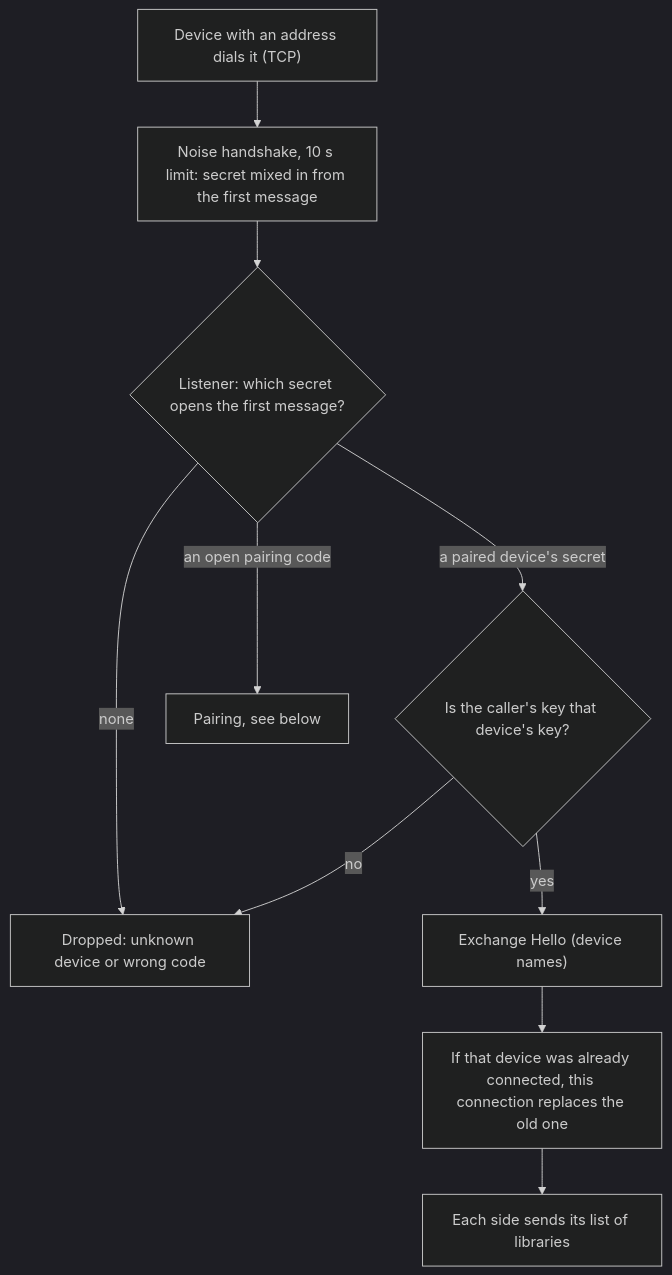
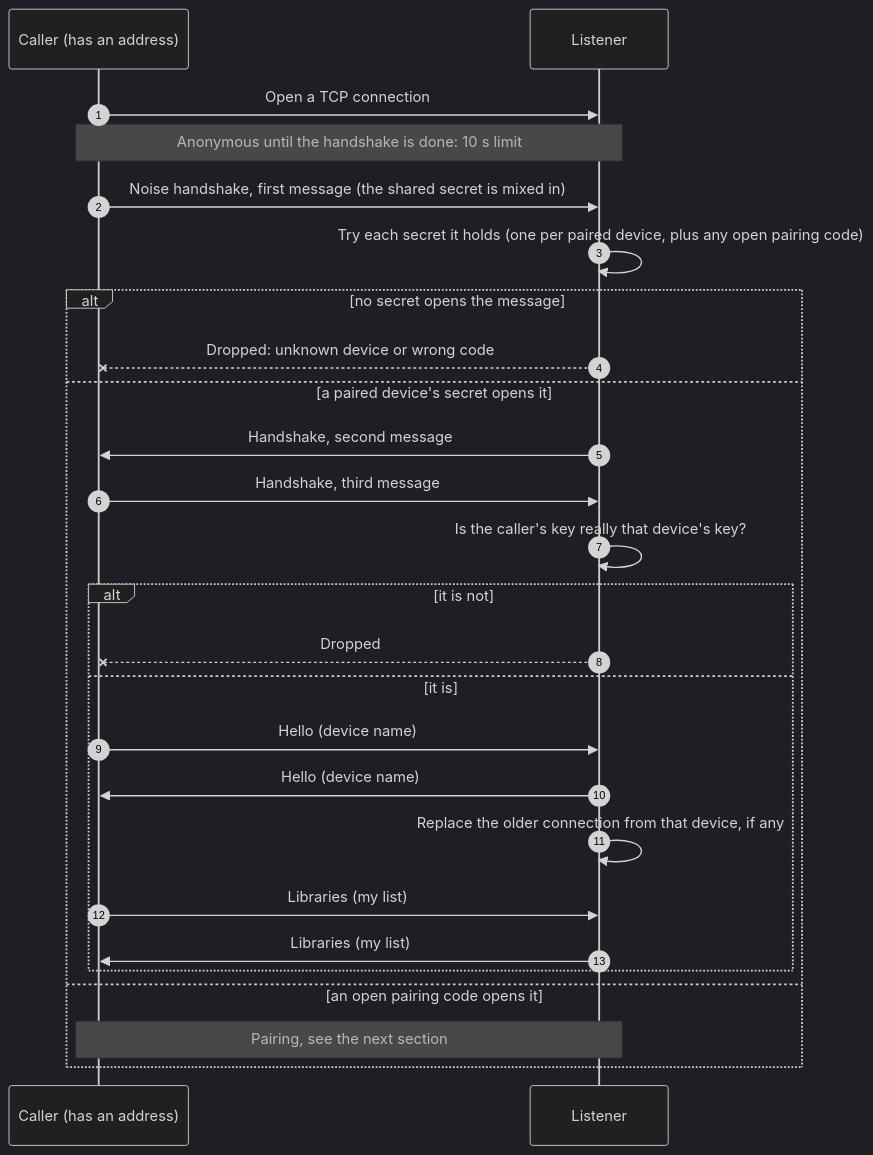
The first of 5 diagrams in SECURITY.md (mrmoss/rustsync), drawn with Mermaid (dark theme) before and after one commit. The commit also changed 6 other files, not shown here.

````diff
--- a/SECURITY.md
+++ b/SECURITY.md
@@ -56,12 +56,28 @@
 ```mermaid
-flowchart TD
-    D["Device with an address dials it (TCP)"] --> H["Noise handshake, 10 s limit: secret mixed in from the first message"]
-    H --> L{"Listener: which secret opens the first message?"}
-    L -->|none| X["Dropped: unknown device or wrong code"]
-    L -->|a paired device's secret| P{"Is the caller's key that device's key?"}
-    P -->|no| X
-    P -->|yes| E["Exchange Hello (device names)"]
-    L -->|an open pairing code| W["Pairing, see below"]
-    E --> R["If that device was already connected, this connection replaces the old one"]
-    R --> LIB["Each side sends its list of libraries"]
+sequenceDiagram
+    autonumber
+    participant D as Caller (has an address)
+    participant L as Listener
+    D->>L: Open a TCP connection
+    Note over D,L: Anonymous until the handshake is done: 10 s limit
+    D->>L: Noise handshake, first message (the shared secret is mixed in)
+    L->>L: Try each secret it holds (one per paired device, plus any open pairing code)
+    alt no secret opens the message
+        L--xD: Dropped: unknown device or wrong code
+    else a paired device's secret opens it
+        L->>D: Handshake, second message
+        D->>L: Handshake, third message
+        L->>L: Is the caller's key really that device's key?
+        alt it is not
+            L--xD: Dropped
+        else it is
+            D->>L: Hello (device name)
+            L->>D: Hello (device name)
+            L->>L: Replace the older connection from that device, if any
+            D->>L: Libraries (my list)
+            L->>D: Libraries (my list)
+        end
+    else an open pairing code opens it
+        Note over D,L: Pairing, see the next section
+    end
 ```
````
